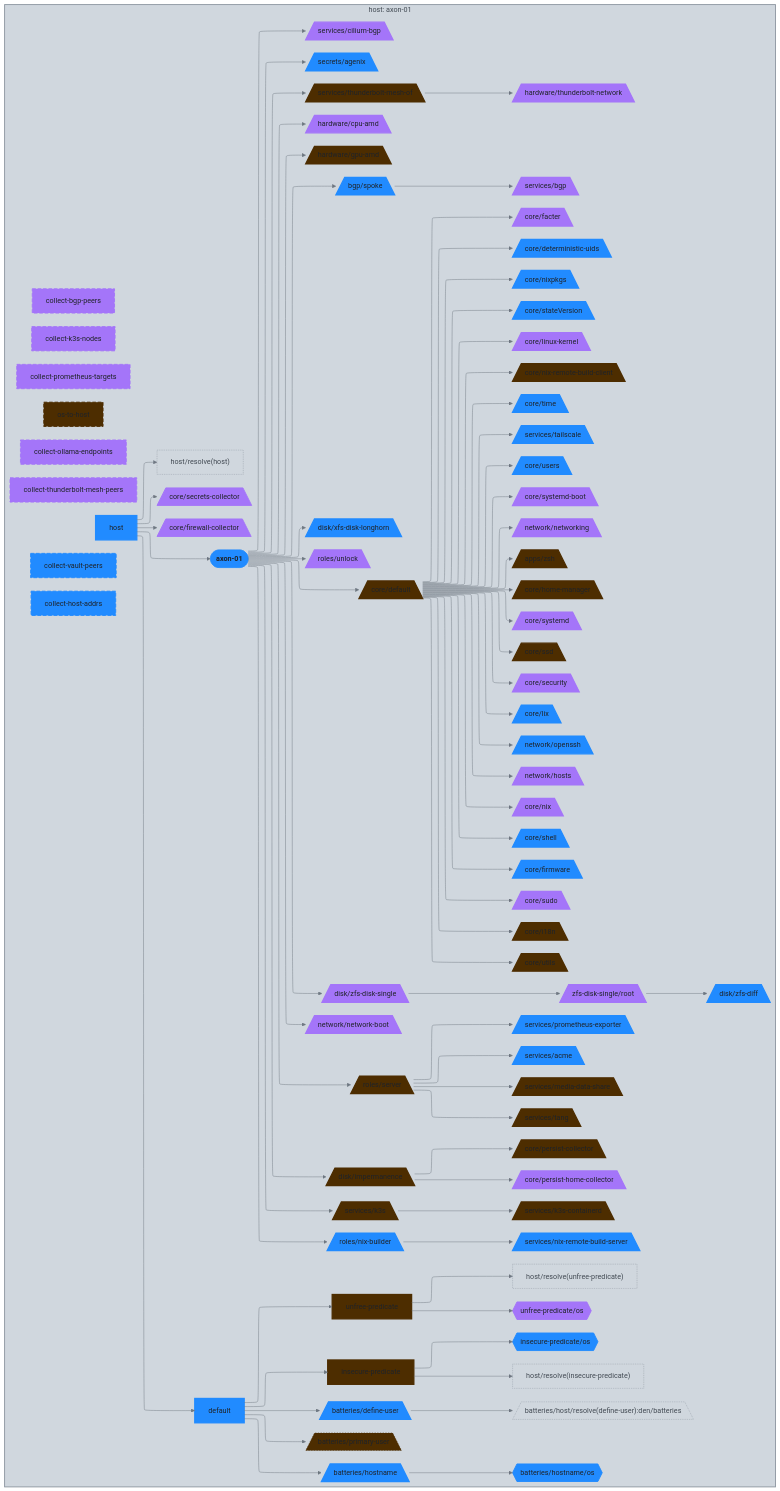
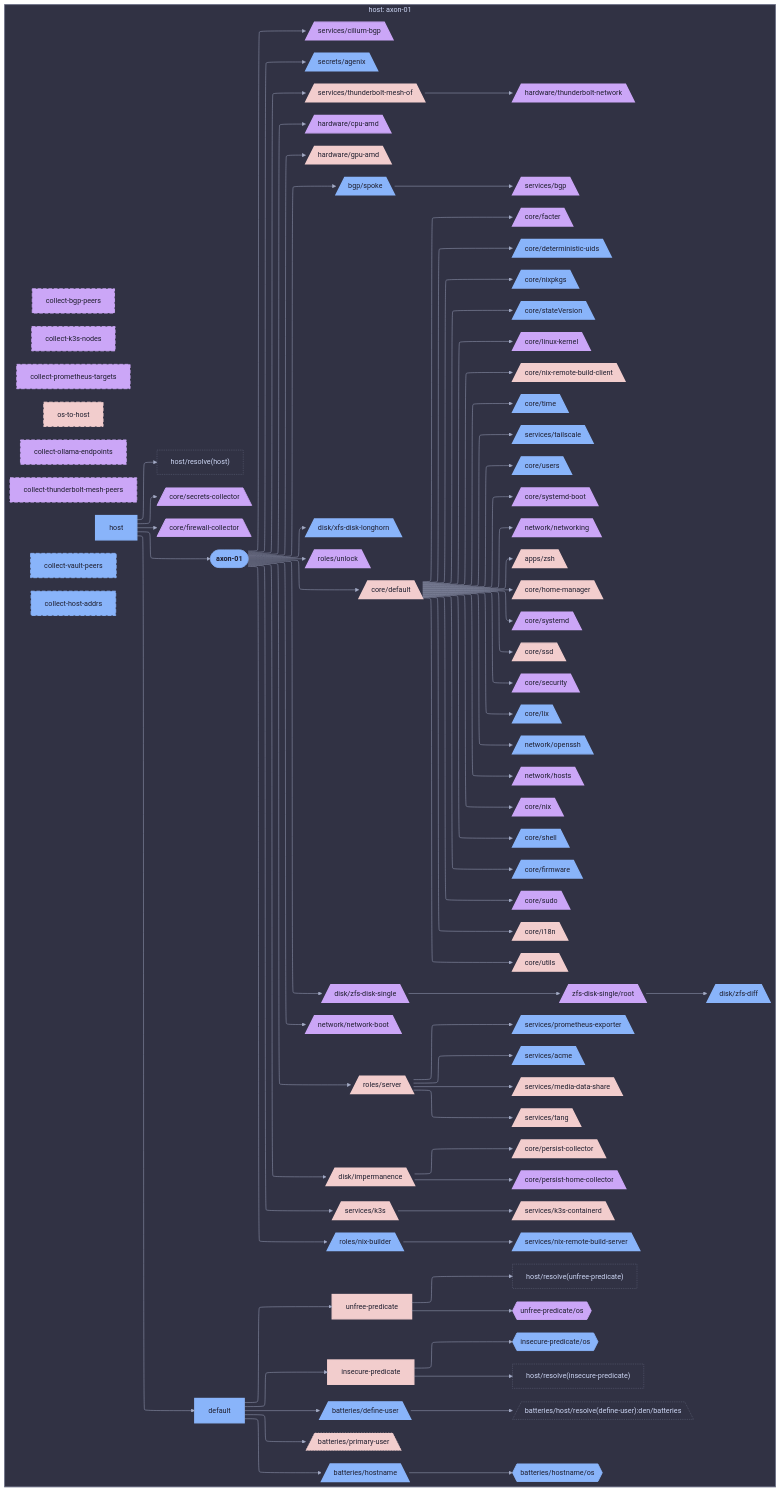
Before and after one commit to sini/nix-config: the diagram in diagrams/hosts/axon-01/dag.md, drawn with Mermaid. The commit also changed 142 other files, not shown here.

First line of the commit message:
feat(diagrams): use projectScope for per-host/user views

````diff
--- a/diagrams/hosts/axon-01/dag.md
+++ b/diagrams/hosts/axon-01/dag.md
@@ -5,5 +5,5 @@
 ```mermaid
-%%{init: {"elk":{"mergeEdges":true,"nodePlacementStrategy":"BRANDES_KOEPF"},"flowchart":{"wrappingWidth":600},"layout":"elk","theme":"base","themeVariables":{"activationBkgColor":"#d0d7de","activationBorderColor":"#8c959f","actorBkg":"#d0d7de","actorBorder":"#6e7781","actorLineColor":"#6e7781","actorTextColor":"#424a53","background":"#eaeef2","classText":"#424a53","clusterBkg":"#d0d7de","clusterBorder":"#8c959f","edgeLabelBackground":"#eaeef2","labelBoxBkgColor":"#d0d7de","labelBoxBorderColor":"#6e7781","labelTextColor":"#424a53","lineColor":"#6e7781","loopTextColor":"#424a53","mainBkg":"#d0d7de","nodeBkg":"#d0d7de","nodeBorder":"#6e7781","nodeTextColor":"#424a53","noteBkgColor":"#d0d7de","noteBorderColor":"#8c959f","noteTextColor":"#424a53","pie1":"#fa4549","pie2":"#e16f24","pie3":"#bf8700","pie4":"#2da44e","pie5":"#339D9B","pie6":"#218bff","pie7":"#a475f9","pie8":"#4d2d00","pieLegendTextColor":"#424a53","pieOuterStrokeColor":"#8c959f","pieSectionTextColor":"#424a53","pieStrokeColor":"#8c959f","pieTitleTextColor":"#424a53","primaryBorderColor":"#6e7781","primaryColor":"#d0d7de","primaryTextColor":"#424a53","secondBkg":"#d0d7de","secondaryBorderColor":"#8c959f","secondaryColor":"#d0d7de","secondaryTextColor":"#424a53","sequenceNumberColor":"#eaeef2","signalColor":"#6e7781","signalTextColor":"#424a53","tertiaryBorderColor":"#8c959f","tertiaryColor":"#d0d7de","tertiaryTextColor":"#424a53","textColor":"#424a53","titleColor":"#424a53"}}}%%
+%%{init: {"elk":{"mergeEdges":true,"nodePlacementStrategy":"BRANDES_KOEPF"},"flowchart":{"wrappingWidth":600},"layout":"elk","theme":"base","themeVariables":{"activationBkgColor":"#313244","activationBorderColor":"#6c7086","actorBkg":"#313244","actorBorder":"#a6adc8","actorLineColor":"#a6adc8","actorTextColor":"#cdd6f4","background":"#1e1e2e","classText":"#cdd6f4","clusterBkg":"#313244","clusterBorder":"#6c7086","edgeLabelBackground":"#1e1e2e","labelBoxBkgColor":"#313244","labelBoxBorderColor":"#a6adc8","labelTextColor":"#cdd6f4","lineColor":"#a6adc8","loopTextColor":"#cdd6f4","mainBkg":"#313244","nodeBkg":"#313244","nodeBorder":"#a6adc8","nodeTextColor":"#cdd6f4","noteBkgColor":"#313244","noteBorderColor":"#6c7086","noteTextColor":"#cdd6f4","pie1":"#f38ba8","pie2":"#fab387","pie3":"#f9e2af","pie4":"#a6e3a1","pie5":"#94e2d5","pie6":"#89b4fa","pie7":"#cba6f7","pie8":"#f2cdcd","pieLegendTextColor":"#cdd6f4","pieOuterStrokeColor":"#6c7086","pieSectionTextColor":"#cdd6f4","pieStrokeColor":"#6c7086","pieTitleTextColor":"#cdd6f4","primaryBorderColor":"#a6adc8","primaryColor":"#313244","primaryTextColor":"#cdd6f4","secondBkg":"#313244","secondaryBorderColor":"#6c7086","secondaryColor":"#313244","secondaryTextColor":"#cdd6f4","sequenceNumberColor":"#1e1e2e","signalColor":"#a6adc8","signalTextColor":"#cdd6f4","tertiaryBorderColor":"#6c7086","tertiaryColor":"#313244","tertiaryTextColor":"#cdd6f4","textColor":"#cdd6f4","titleColor":"#cdd6f4"}}}%%
 graph LR
   axon_01([axon-01]):::root
 
@@ -155,91 +155,91 @@
   end
 
 
-  classDef root fill:#218bff,stroke:#218bff,color:#1f2328,font-weight:bold
-  classDef services__acme_c fill:#218bff,stroke:#218bff,color:#1f2328,stroke-width:3px
-  classDef secrets__agenix_c fill:#218bff,stroke:#218bff,color:#1f2328,stroke-width:3px
-  classDef apps_c fill:#2da44e,stroke:#2da44e,color:#1f2328,stroke-dasharray: 3 3,stroke-width:1px
-  classDef axon_01_c fill:#a475f9,stroke:#a475f9,color:#1f2328,stroke-width:3px
-  classDef services__bgp_c fill:#a475f9,stroke:#a475f9,color:#1f2328,stroke-width:3px
-  classDef services__cilium_bgp_c fill:#a475f9,stroke:#a475f9,color:#1f2328,stroke-width:3px
-  classDef collect_bgp_peers_c fill:#a475f9,stroke:#a475f9,color:#1f2328,stroke-width:2px,stroke-dasharray: 8 4
-  classDef collect_host_addrs_c fill:#218bff,stroke:#218bff,color:#1f2328,stroke-width:2px,stroke-dasharray: 8 4
-  classDef collect_k3s_nodes_c fill:#a475f9,stroke:#a475f9,color:#1f2328,stroke-width:2px,stroke-dasharray: 8 4
-  classDef collect_ollama_endpoints_c fill:#a475f9,stroke:#a475f9,color:#1f2328,stroke-width:2px,stroke-dasharray: 8 4
-  classDef collect_prometheus_targets_c fill:#a475f9,stroke:#a475f9,color:#1f2328,stroke-width:2px,stroke-dasharray: 8 4
-  classDef collect_thunderbolt_mesh_peers_c fill:#a475f9,stroke:#a475f9,color:#1f2328,stroke-width:2px,stroke-dasharray: 8 4
-  classDef collect_vault_peers_c fill:#218bff,stroke:#218bff,color:#1f2328,stroke-width:2px,stroke-dasharray: 8 4
-  classDef core_c fill:#bf8700,stroke:#bf8700,color:#1f2328,stroke-dasharray: 3 3,stroke-width:1px
-  classDef hardware__cpu_amd_c fill:#a475f9,stroke:#a475f9,color:#1f2328,stroke-width:3px
-  classDef core__default_c fill:#4d2d00,stroke:#4d2d00,color:#1f2328,stroke-width:3px
-  classDef n_default_c fill:#218bff,stroke:#218bff,color:#1f2328,stroke-width:3px
-  classDef den__batteries__define_user_c fill:#218bff,stroke:#218bff,color:#1f2328,stroke-width:3px
-  classDef core__deterministic_uids_c fill:#218bff,stroke:#218bff,color:#1f2328,stroke-width:3px
-  classDef disk_c fill:#2da44e,stroke:#2da44e,color:#1f2328,stroke-dasharray: 3 3,stroke-width:1px
-  classDef core__facter_c fill:#a475f9,stroke:#a475f9,color:#1f2328,stroke-width:3px
-  classDef core__firewall_collector_c fill:#a475f9,stroke:#a475f9,color:#1f2328,stroke-width:2px
-  classDef core__firmware_c fill:#218bff,stroke:#218bff,color:#1f2328,stroke-width:3px
-  classDef hardware__gpu_amd_c fill:#4d2d00,stroke:#4d2d00,color:#1f2328,stroke-width:3px
-  classDef hardware_c fill:#2da44e,stroke:#2da44e,color:#1f2328,stroke-dasharray: 3 3,stroke-width:1px
-  classDef core__home_manager_c fill:#4d2d00,stroke:#4d2d00,color:#1f2328,stroke-width:3px
-  classDef host_c fill:#218bff,stroke:#218bff,color:#1f2328,stroke-width:3px
-  classDef den__batteries__host__resolve_define_user__den__batteries_c fill:#d0d7de,stroke:#8c959f,color:#424a53,stroke-dasharray: 2 2,stroke-width:1px
-  classDef host__resolve_host__c fill:#d0d7de,stroke:#8c959f,color:#424a53,stroke-dasharray: 2 2,stroke-width:1px
-  classDef host__resolve_insecure_predicate__c fill:#d0d7de,stroke:#8c959f,color:#424a53,stroke-dasharray: 2 2,stroke-width:1px
-  classDef host__resolve_unfree_predicate__c fill:#d0d7de,stroke:#8c959f,color:#424a53,stroke-dasharray: 2 2,stroke-width:1px
-  classDef den__batteries__hostname_c fill:#218bff,stroke:#218bff,color:#1f2328,stroke-width:3px
-  classDef den__batteries__hostname__os_c fill:#218bff,stroke:#218bff,color:#1f2328,stroke-width:2px
-  classDef network__hosts_c fill:#a475f9,stroke:#a475f9,color:#1f2328,stroke-width:3px
-  classDef core__i18n_c fill:#4d2d00,stroke:#4d2d00,color:#1f2328,stroke-width:3px
-  classDef disk__impermanence_c fill:#4d2d00,stroke:#4d2d00,color:#1f2328,stroke-width:3px
-  classDef insecure_predicate_c fill:#4d2d00,stroke:#4d2d00,color:#1f2328,stroke-width:3px
-  classDef insecure_predicate__os_c fill:#218bff,stroke:#218bff,color:#1f2328,stroke-width:2px
-  classDef services__k3s_c fill:#4d2d00,stroke:#4d2d00,color:#1f2328,stroke-width:3px
-  classDef services__k3s_containerd_c fill:#4d2d00,stroke:#4d2d00,color:#1f2328,stroke-width:3px
-  classDef core__linux_kernel_c fill:#a475f9,stroke:#a475f9,color:#1f2328,stroke-width:3px
-  classDef core__lix_c fill:#218bff,stroke:#218bff,color:#1f2328,stroke-width:3px
-  classDef services__media_data_share_c fill:#4d2d00,stroke:#4d2d00,color:#1f2328,stroke-width:3px
-  classDef network_c fill:#e16f24,stroke:#e16f24,color:#1f2328,stroke-dasharray: 3 3,stroke-width:1px
-  classDef network__network_boot_c fill:#a475f9,stroke:#a475f9,color:#1f2328,stroke-width:3px
-  classDef network__networking_c fill:#a475f9,stroke:#a475f9,color:#1f2328,stroke-width:3px
-  classDef core__nix_c fill:#a475f9,stroke:#a475f9,color:#1f2328,stroke-width:3px
-  classDef roles__nix_builder_c fill:#218bff,stroke:#218bff,color:#1f2328,stroke-width:3px
-  classDef core__nix_remote_build_client_c fill:#4d2d00,stroke:#4d2d00,color:#1f2328,stroke-width:3px
-  classDef services__nix_remote_build_server_c fill:#218bff,stroke:#218bff,color:#1f2328,stroke-width:3px
-  classDef core__nixpkgs_c fill:#218bff,stroke:#218bff,color:#1f2328,stroke-width:3px
-  classDef network__openssh_c fill:#218bff,stroke:#218bff,color:#1f2328,stroke-width:3px
-  classDef os_to_host_c fill:#4d2d00,stroke:#4d2d00,color:#1f2328,stroke-width:2px,stroke-dasharray: 8 4
-  classDef core__persist_collector_c fill:#4d2d00,stroke:#4d2d00,color:#1f2328,stroke-width:3px
-  classDef core__persist_home_collector_c fill:#a475f9,stroke:#a475f9,color:#1f2328,stroke-width:3px
-  classDef den__batteries__primary_user_c fill:#4d2d00,stroke:#4d2d00,color:#1f2328,stroke-dasharray: 3 3,stroke-width:1px
-  classDef services__prometheus_exporter_c fill:#218bff,stroke:#218bff,color:#1f2328,stroke-width:3px
-  classDef roles_c fill:#2da44e,stroke:#2da44e,color:#1f2328,stroke-dasharray: 3 3,stroke-width:1px
-  classDef disk__zfs_disk_single__root_c fill:#a475f9,stroke:#a475f9,color:#1f2328,stroke-width:3px
-  classDef secrets_c fill:#bf8700,stroke:#bf8700,color:#1f2328,stroke-dasharray: 3 3,stroke-width:1px
-  classDef core__secrets_collector_c fill:#a475f9,stroke:#a475f9,color:#1f2328,stroke-width:2px
-  classDef core__security_c fill:#a475f9,stroke:#a475f9,color:#1f2328,stroke-width:3px
-  classDef roles__server_c fill:#4d2d00,stroke:#4d2d00,color:#1f2328,stroke-width:3px
-  classDef services_c fill:#2da44e,stroke:#2da44e,color:#1f2328,stroke-dasharray: 3 3,stroke-width:1px
-  classDef core__shell_c fill:#218bff,stroke:#218bff,color:#1f2328,stroke-width:3px
-  classDef services__bgp__spoke_c fill:#218bff,stroke:#218bff,color:#1f2328,stroke-width:3px
-  classDef core__ssd_c fill:#4d2d00,stroke:#4d2d00,color:#1f2328,stroke-width:3px
-  classDef core__stateVersion_c fill:#218bff,stroke:#218bff,color:#1f2328,stroke-width:3px
-  classDef core__sudo_c fill:#a475f9,stroke:#a475f9,color:#1f2328,stroke-width:3px
-  classDef core__systemd_c fill:#a475f9,stroke:#a475f9,color:#1f2328,stroke-width:3px
-  classDef core__systemd_boot_c fill:#a475f9,stroke:#a475f9,color:#1f2328,stroke-width:3px
-  classDef services__tailscale_c fill:#218bff,stroke:#218bff,color:#1f2328,stroke-width:3px
-  classDef services__tang_c fill:#4d2d00,stroke:#4d2d00,color:#1f2328,stroke-width:3px
-  classDef services__thunderbolt_mesh_of_c fill:#4d2d00,stroke:#4d2d00,color:#1f2328,stroke-width:3px
-  classDef hardware__thunderbolt_network_c fill:#a475f9,stroke:#a475f9,color:#1f2328,stroke-width:3px
-  classDef core__time_c fill:#218bff,stroke:#218bff,color:#1f2328,stroke-width:3px
-  classDef unfree_predicate_c fill:#4d2d00,stroke:#4d2d00,color:#1f2328,stroke-width:3px
-  classDef unfree_predicate__os_c fill:#a475f9,stroke:#a475f9,color:#1f2328,stroke-width:2px
-  classDef roles__unlock_c fill:#a475f9,stroke:#a475f9,color:#1f2328,stroke-width:3px
-  classDef core__users_c fill:#218bff,stroke:#218bff,color:#1f2328,stroke-width:3px
-  classDef core__utils_c fill:#4d2d00,stroke:#4d2d00,color:#1f2328,stroke-width:3px
-  classDef disk__xfs_disk_longhorn_c fill:#218bff,stroke:#218bff,color:#1f2328,stroke-width:3px
-  classDef disk__zfs_diff_c fill:#218bff,stroke:#218bff,color:#1f2328,stroke-width:3px
-  classDef disk__zfs_disk_single_c fill:#a475f9,stroke:#a475f9,color:#1f2328,stroke-width:3px
-  classDef apps__zsh_c fill:#4d2d00,stroke:#4d2d00,color:#1f2328,stroke-width:3px
-style ctx_host_axon_01 fill:#d0d7de,stroke:#8c959f,stroke-width:2px
+  classDef root fill:#89b4fa,stroke:#89b4fa,color:#1e1e2e,font-weight:bold
+  classDef services__acme_c fill:#89b4fa,stroke:#89b4fa,color:#1e1e2e,stroke-width:3px
+  classDef secrets__agenix_c fill:#89b4fa,stroke:#89b4fa,color:#1e1e2e,stroke-width:3px
+  classDef apps_c fill:#a6e3a1,stroke:#a6e3a1,color:#1e1e2e,stroke-dasharray: 3 3,stroke-width:1px
+  classDef axon_01_c fill:#cba6f7,stroke:#cba6f7,color:#1e1e2e,stroke-width:3px
+  classDef services__bgp_c fill:#cba6f7,stroke:#cba6f7,color:#1e1e2e,stroke-width:3px
+  classDef services__cilium_bgp_c fill:#cba6f7,stroke:#cba6f7,color:#1e1e2e,stroke-width:3px
+  classDef collect_bgp_peers_c fill:#cba6f7,stroke:#cba6f7,color:#1e1e2e,stroke-width:2px,stroke-dasharray: 8 4
+  classDef collect_host_addrs_c fill:#89b4fa,stroke:#89b4fa,color:#1e1e2e,stroke-width:2px,stroke-dasharray: 8 4
+  classDef collect_k3s_nodes_c fill:#cba6f7,stroke:#cba6f7,color:#1e1e2e,stroke-width:2px,stroke-dasharray: 8 4
+  classDef collect_ollama_endpoints_c fill:#cba6f7,stroke:#cba6f7,color:#1e1e2e,stroke-width:2px,stroke-dasharray: 8 4
+  classDef collect_prometheus_targets_c fill:#cba6f7,stroke:#cba6f7,color:#1e1e2e,stroke-width:2px,stroke-dasharray: 8 4
+  classDef collect_thunderbolt_mesh_peers_c fill:#cba6f7,stroke:#cba6f7,color:#1e1e2e,stroke-width:2px,stroke-dasharray: 8 4
+  classDef collect_vault_peers_c fill:#89b4fa,stroke:#89b4fa,color:#1e1e2e,stroke-width:2px,stroke-dasharray: 8 4
+  classDef core_c fill:#f9e2af,stroke:#f9e2af,color:#1e1e2e,stroke-dasharray: 3 3,stroke-width:1px
+  classDef hardware__cpu_amd_c fill:#cba6f7,stroke:#cba6f7,color:#1e1e2e,stroke-width:3px
+  classDef core__default_c fill:#f2cdcd,stroke:#f2cdcd,color:#1e1e2e,stroke-width:3px
+  classDef n_default_c fill:#89b4fa,stroke:#89b4fa,color:#1e1e2e,stroke-width:3px
+  classDef den__batteries__define_user_c fill:#89b4fa,stroke:#89b4fa,color:#1e1e2e,stroke-width:3px
+  classDef core__deterministic_uids_c fill:#89b4fa,stroke:#89b4fa,color:#1e1e2e,stroke-width:3px
+  classDef disk_c fill:#a6e3a1,stroke:#a6e3a1,color:#1e1e2e,stroke-dasharray: 3 3,stroke-width:1px
+  classDef core__facter_c fill:#cba6f7,stroke:#cba6f7,color:#1e1e2e,stroke-width:3px
+  classDef core__firewall_collector_c fill:#cba6f7,stroke:#cba6f7,color:#1e1e2e,stroke-width:2px
+  classDef core__firmware_c fill:#89b4fa,stroke:#89b4fa,color:#1e1e2e,stroke-width:3px
+  classDef hardware__gpu_amd_c fill:#f2cdcd,stroke:#f2cdcd,color:#1e1e2e,stroke-width:3px
+  classDef hardware_c fill:#a6e3a1,stroke:#a6e3a1,color:#1e1e2e,stroke-dasharray: 3 3,stroke-width:1px
+  classDef core__home_manager_c fill:#f2cdcd,stroke:#f2cdcd,color:#1e1e2e,stroke-width:3px
+  classDef host_c fill:#89b4fa,stroke:#89b4fa,color:#1e1e2e,stroke-width:3px
+  classDef den__batteries__host__resolve_define_user__den__batteries_c fill:#313244,stroke:#6c7086,color:#cdd6f4,stroke-dasharray: 2 2,stroke-width:1px
+  classDef host__resolve_host__c fill:#313244,stroke:#6c7086,color:#cdd6f4,stroke-dasharray: 2 2,stroke-width:1px
+  classDef host__resolve_insecure_predicate__c fill:#313244,stroke:#6c7086,color:#cdd6f4,stroke-dasharray: 2 2,stroke-width:1px
+  classDef host__resolve_unfree_predicate__c fill:#313244,stroke:#6c7086,color:#cdd6f4,stroke-dasharray: 2 2,stroke-width:1px
+  classDef den__batteries__hostname_c fill:#89b4fa,stroke:#89b4fa,color:#1e1e2e,stroke-width:3px
+  classDef den__batteries__hostname__os_c fill:#89b4fa,stroke:#89b4fa,color:#1e1e2e,stroke-width:2px
+  classDef network__hosts_c fill:#cba6f7,stroke:#cba6f7,color:#1e1e2e,stroke-width:3px
+  classDef core__i18n_c fill:#f2cdcd,stroke:#f2cdcd,color:#1e1e2e,stroke-width:3px
+  classDef disk__impermanence_c fill:#f2cdcd,stroke:#f2cdcd,color:#1e1e2e,stroke-width:3px
+  classDef insecure_predicate_c fill:#f2cdcd,stroke:#f2cdcd,color:#1e1e2e,stroke-width:3px
+  classDef insecure_predicate__os_c fill:#89b4fa,stroke:#89b4fa,color:#1e1e2e,stroke-width:2px
+  classDef services__k3s_c fill:#f2cdcd,stroke:#f2cdcd,color:#1e1e2e,stroke-width:3px
+  classDef services__k3s_containerd_c fill:#f2cdcd,stroke:#f2cdcd,color:#1e1e2e,stroke-width:3px
+  classDef core__linux_kernel_c fill:#cba6f7,stroke:#cba6f7,color:#1e1e2e,stroke-width:3px
+  classDef core__lix_c fill:#89b4fa,stroke:#89b4fa,color:#1e1e2e,stroke-width:3px
+  classDef services__media_data_share_c fill:#f2cdcd,stroke:#f2cdcd,color:#1e1e2e,stroke-width:3px
+  classDef network_c fill:#fab387,stroke:#fab387,color:#1e1e2e,stroke-dasharray: 3 3,stroke-width:1px
+  classDef network__network_boot_c fill:#cba6f7,stroke:#cba6f7,color:#1e1e2e,stroke-width:3px
+  classDef network__networking_c fill:#cba6f7,stroke:#cba6f7,color:#1e1e2e,stroke-width:3px
+  classDef core__nix_c fill:#cba6f7,stroke:#cba6f7,color:#1e1e2e,stroke-width:3px
+  classDef roles__nix_builder_c fill:#89b4fa,stroke:#89b4fa,color:#1e1e2e,stroke-width:3px
+  classDef core__nix_remote_build_client_c fill:#f2cdcd,stroke:#f2cdcd,color:#1e1e2e,stroke-width:3px
+  classDef services__nix_remote_build_server_c fill:#89b4fa,stroke:#89b4fa,color:#1e1e2e,stroke-width:3px
+  classDef core__nixpkgs_c fill:#89b4fa,stroke:#89b4fa,color:#1e1e2e,stroke-width:3px
+  classDef network__openssh_c fill:#89b4fa,stroke:#89b4fa,color:#1e1e2e,stroke-width:3px
+  classDef os_to_host_c fill:#f2cdcd,stroke:#f2cdcd,color:#1e1e2e,stroke-width:2px,stroke-dasharray: 8 4
+  classDef core__persist_collector_c fill:#f2cdcd,stroke:#f2cdcd,color:#1e1e2e,stroke-width:3px
+  classDef core__persist_home_collector_c fill:#cba6f7,stroke:#cba6f7,color:#1e1e2e,stroke-width:3px
+  classDef den__batteries__primary_user_c fill:#f2cdcd,stroke:#f2cdcd,color:#1e1e2e,stroke-dasharray: 3 3,stroke-width:1px
+  classDef services__prometheus_exporter_c fill:#89b4fa,stroke:#89b4fa,color:#1e1e2e,stroke-width:3px
+  classDef roles_c fill:#a6e3a1,stroke:#a6e3a1,color:#1e1e2e,stroke-dasharray: 3 3,stroke-width:1px
+  classDef disk__zfs_disk_single__root_c fill:#cba6f7,stroke:#cba6f7,color:#1e1e2e,stroke-width:3px
+  classDef secrets_c fill:#f9e2af,stroke:#f9e2af,color:#1e1e2e,stroke-dasharray: 3 3,stroke-width:1px
+  classDef core__secrets_collector_c fill:#cba6f7,stroke:#cba6f7,color:#1e1e2e,stroke-width:2px
+  classDef core__security_c fill:#cba6f7,stroke:#cba6f7,color:#1e1e2e,stroke-width:3px
+  classDef roles__server_c fill:#f2cdcd,stroke:#f2cdcd,color:#1e1e2e,stroke-width:3px
+  classDef services_c fill:#a6e3a1,stroke:#a6e3a1,color:#1e1e2e,stroke-dasharray: 3 3,stroke-width:1px
+  classDef core__shell_c fill:#89b4fa,stroke:#89b4fa,color:#1e1e2e,stroke-width:3px
+  classDef services__bgp__spoke_c fill:#89b4fa,stroke:#89b4fa,color:#1e1e2e,stroke-width:3px
+  classDef core__ssd_c fill:#f2cdcd,stroke:#f2cdcd,color:#1e1e2e,stroke-width:3px
+  classDef core__stateVersion_c fill:#89b4fa,stroke:#89b4fa,color:#1e1e2e,stroke-width:3px
+  classDef core__sudo_c fill:#cba6f7,stroke:#cba6f7,color:#1e1e2e,stroke-width:3px
+  classDef core__systemd_c fill:#cba6f7,stroke:#cba6f7,color:#1e1e2e,stroke-width:3px
+  classDef core__systemd_boot_c fill:#cba6f7,stroke:#cba6f7,color:#1e1e2e,stroke-width:3px
+  classDef services__tailscale_c fill:#89b4fa,stroke:#89b4fa,color:#1e1e2e,stroke-width:3px
+  classDef services__tang_c fill:#f2cdcd,stroke:#f2cdcd,color:#1e1e2e,stroke-width:3px
+  classDef services__thunderbolt_mesh_of_c fill:#f2cdcd,stroke:#f2cdcd,color:#1e1e2e,stroke-width:3px
+  classDef hardware__thunderbolt_network_c fill:#cba6f7,stroke:#cba6f7,color:#1e1e2e,stroke-width:3px
+  classDef core__time_c fill:#89b4fa,stroke:#89b4fa,color:#1e1e2e,stroke-width:3px
+  classDef unfree_predicate_c fill:#f2cdcd,stroke:#f2cdcd,color:#1e1e2e,stroke-width:3px
+  classDef unfree_predicate__os_c fill:#cba6f7,stroke:#cba6f7,color:#1e1e2e,stroke-width:2px
+  classDef roles__unlock_c fill:#cba6f7,stroke:#cba6f7,color:#1e1e2e,stroke-width:3px
+  classDef core__users_c fill:#89b4fa,stroke:#89b4fa,color:#1e1e2e,stroke-width:3px
+  classDef core__utils_c fill:#f2cdcd,stroke:#f2cdcd,color:#1e1e2e,stroke-width:3px
+  classDef disk__xfs_disk_longhorn_c fill:#89b4fa,stroke:#89b4fa,color:#1e1e2e,stroke-width:3px
+  classDef disk__zfs_diff_c fill:#89b4fa,stroke:#89b4fa,color:#1e1e2e,stroke-width:3px
+  classDef disk__zfs_disk_single_c fill:#cba6f7,stroke:#cba6f7,color:#1e1e2e,stroke-width:3px
+  classDef apps__zsh_c fill:#f2cdcd,stroke:#f2cdcd,color:#1e1e2e,stroke-width:3px
+style ctx_host_axon_01 fill:#313244,stroke:#6c7086,stroke-width:2px
 ```
````
